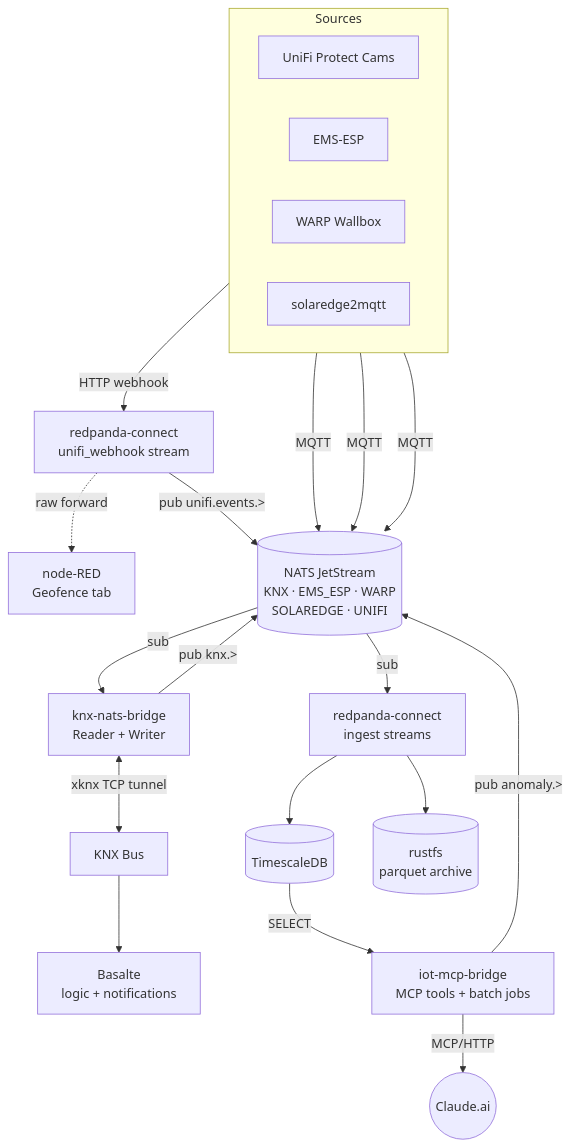
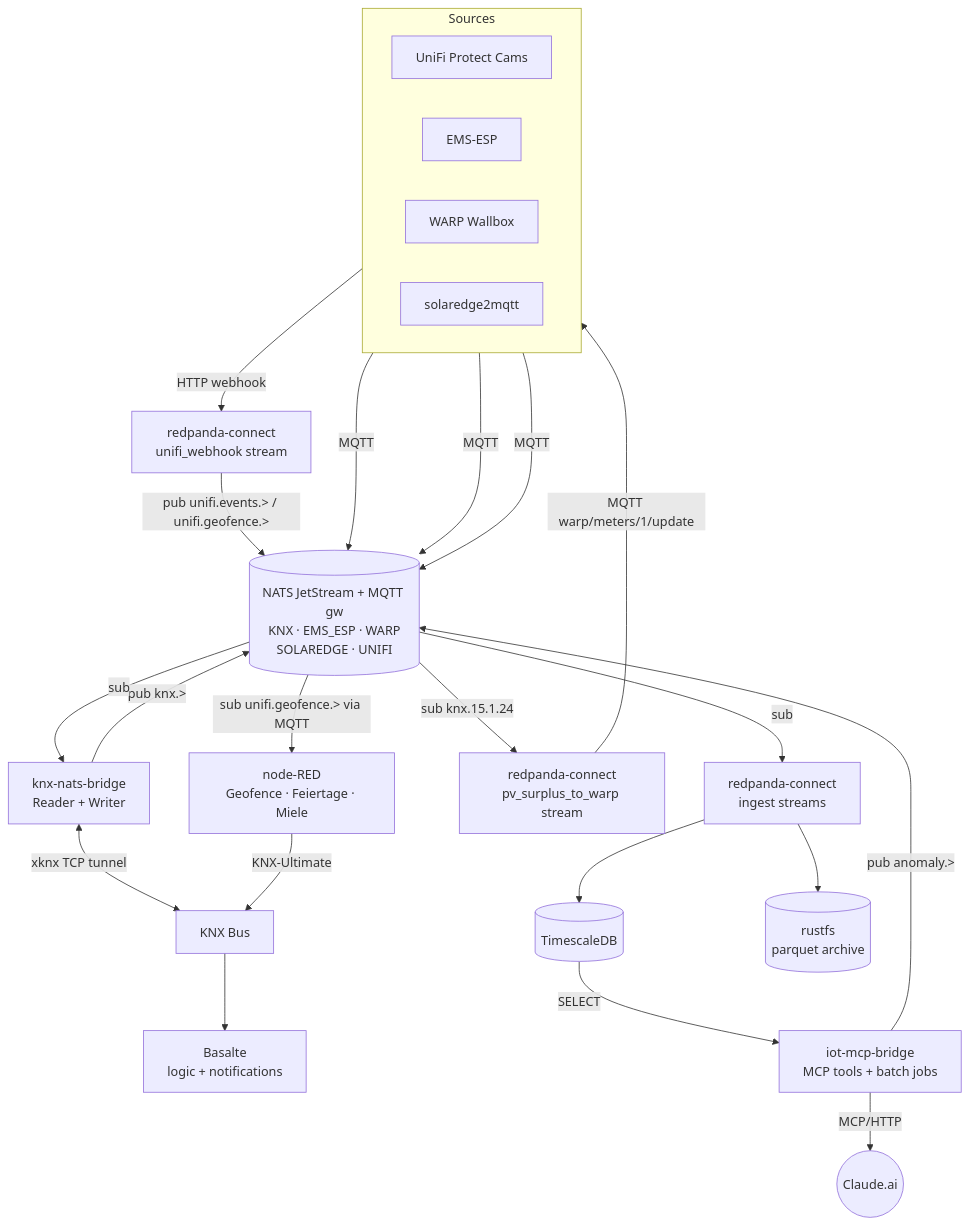
One commit to alexander-zimmermann/lares changed the second of 2 diagrams in README.md. Above: the diagram before and after it, drawn with Mermaid.

Commit message:
docs(readme): update smart-home flow diagram for node-RED migration
The UniFi webhook no longer hairpins back to node-RED over HTTP. node-RED
now subscribes to unifi.geofence.> via the NATS MQTT gateway and writes
KNX directly with knx-ultimate. The PV-Überschussladen tab moved out of
node-RED into a redpanda-connect stream that subscribes to knx.15.1.24
and republishes on the WARP MQTT topic warp/meters/1/update.

Surviving node-RED tabs: Geofence, Ausschlafen Feiertage, Miele.

````diff
--- a/README.md
+++ b/README.md
@@ -134,36 +134,43 @@
 ```mermaid
 flowchart TB
     subgraph SRC[Sources]
         direction LR
         cam[UniFi Protect Cams]
         ems[EMS-ESP]
         warp[WARP Wallbox]
         pv[solaredge2mqtt]
     end
 
     cam -- HTTP webhook --> webhook[redpanda-connect<br/>unifi_webhook stream]
-    webhook -. raw forward .-> nodered[node-RED<br/>Geofence tab]
 
     ems -- MQTT --> nats
     warp -- MQTT --> nats
     pv -- MQTT --> nats
-    webhook -- pub unifi.events.> --> nats
+    webhook -- pub unifi.events.> / unifi.geofence.> --> nats
 
-    nats[(NATS JetStream<br/>KNX · EMS_ESP · WARP<br/>SOLAREDGE · UNIFI)]
+    nats[(NATS JetStream + MQTT gw<br/>KNX · EMS_ESP · WARP<br/>SOLAREDGE · UNIFI)]
 
     bridge[knx-nats-bridge<br/>Reader + Writer]
     bridge -- pub knx.> --> nats
     nats -- sub --> bridge
     bridge <-- xknx TCP tunnel --> knx[KNX Bus]
     knx --> basalte[Basalte<br/>logic + notifications]
+
+    nodered[node-RED<br/>Geofence · Feiertage · Miele]
+    nats -- sub unifi.geofence.> via MQTT --> nodered
+    nodered -- KNX-Ultimate --> knx
+
+    surplus[redpanda-connect<br/>pv_surplus_to_warp stream]
+    nats -- sub knx.15.1.24 --> surplus
+    surplus -- MQTT warp/meters/1/update --> warp
 
     ingest[redpanda-connect<br/>ingest streams]
     nats -- sub --> ingest
     ingest --> tsdb[(TimescaleDB)]
     ingest --> rustfs[(rustfs<br/>parquet archive)]
 
     mcp[iot-mcp-bridge<br/>MCP tools + batch jobs]
     tsdb -- SELECT --> mcp
     mcp -- pub anomaly.> --> nats
     mcp -- MCP/HTTP --> claude((Claude.ai))
 ```
````
